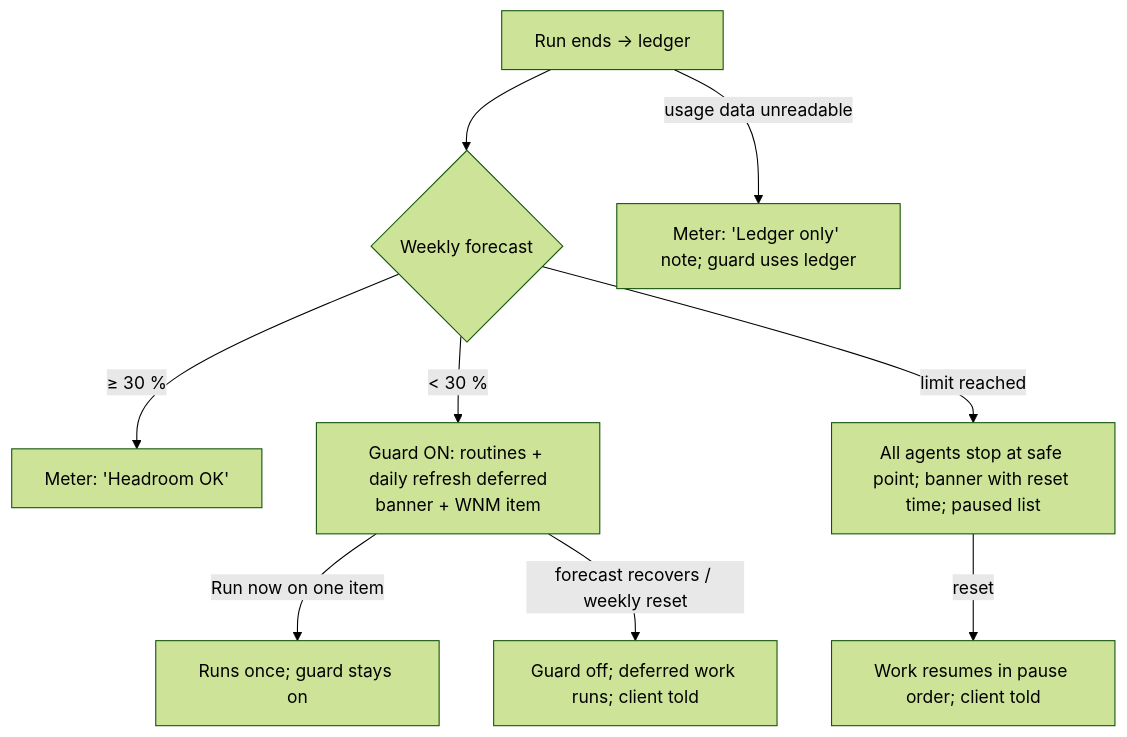
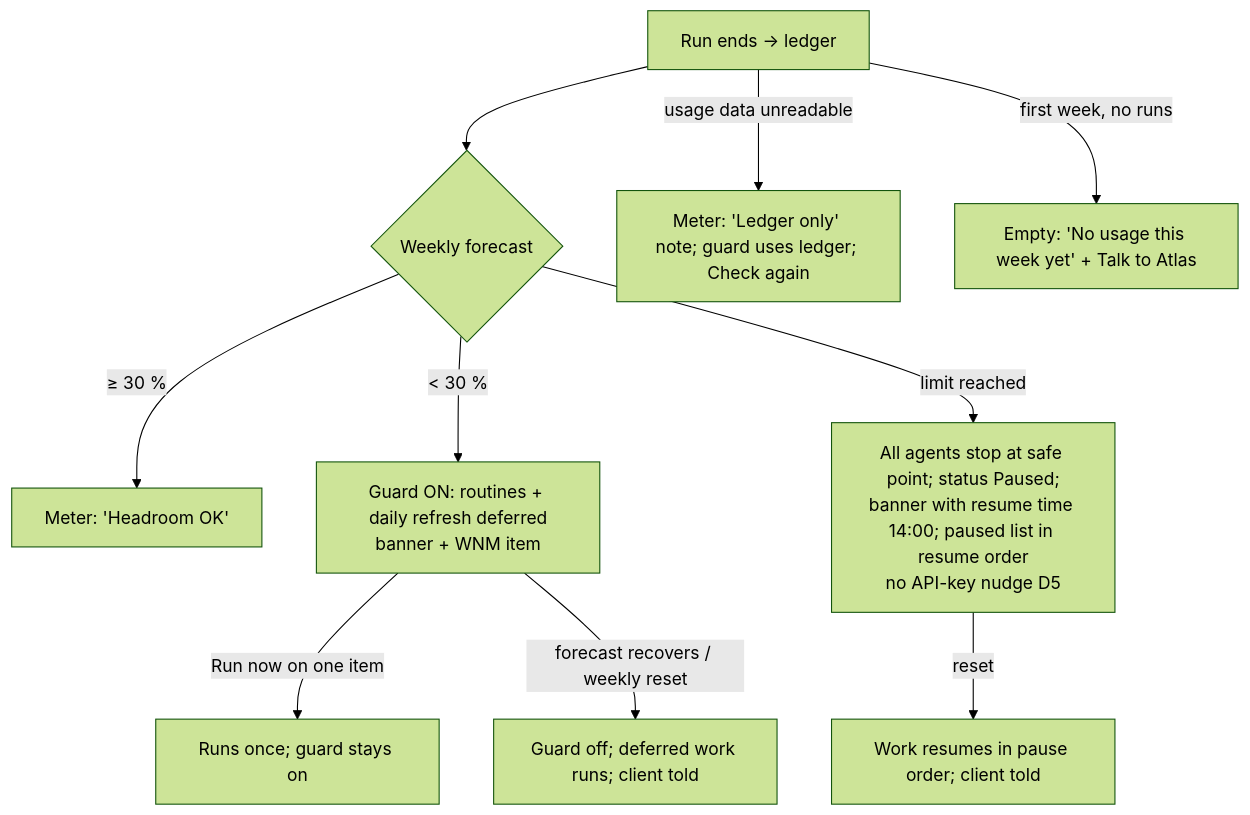
Before and after one commit to Majd-Alhakim/bench: the tenth of 11 diagrams in docs/design/ux/README.md, drawn with Mermaid (forest theme). The commit also changed other lines of this file and 3 other files, not shown here.

````diff
--- a/docs/design/ux/README.md
+++ b/docs/design/ux/README.md
@@ -315,11 +329,12 @@
 ```mermaid
 flowchart TD
   A[Run ends → ledger] --> F{Weekly forecast}
   F -->|≥ 30 %| OK[Meter: 'Headroom OK']
   F -->|< 30 %| G[Guard ON: routines + daily refresh deferred<br/>banner + WNM item]
   G -->|Run now on one item| G1[Runs once; guard stays on]
   G -->|forecast recovers / weekly reset| OK2[Guard off; deferred work runs; client told]
-  F -->|limit reached| L[All agents stop at safe point; banner with reset time; paused list]
+  F -->|limit reached| L[All agents stop at safe point; status Paused;<br/>banner with resume time 14:00; paused list in resume order<br/>no API-key nudge D5]
   L -->|reset| RS[Work resumes in pause order; client told]
-  A -->|usage data unreadable| E[Meter: 'Ledger only' note; guard uses ledger]
+  A -->|usage data unreadable| E[Meter: 'Ledger only' note; guard uses ledger; Check again]
+  A -->|first week, no runs| N0[Empty: 'No usage this week yet' + Talk to Atlas]
 ```
````
